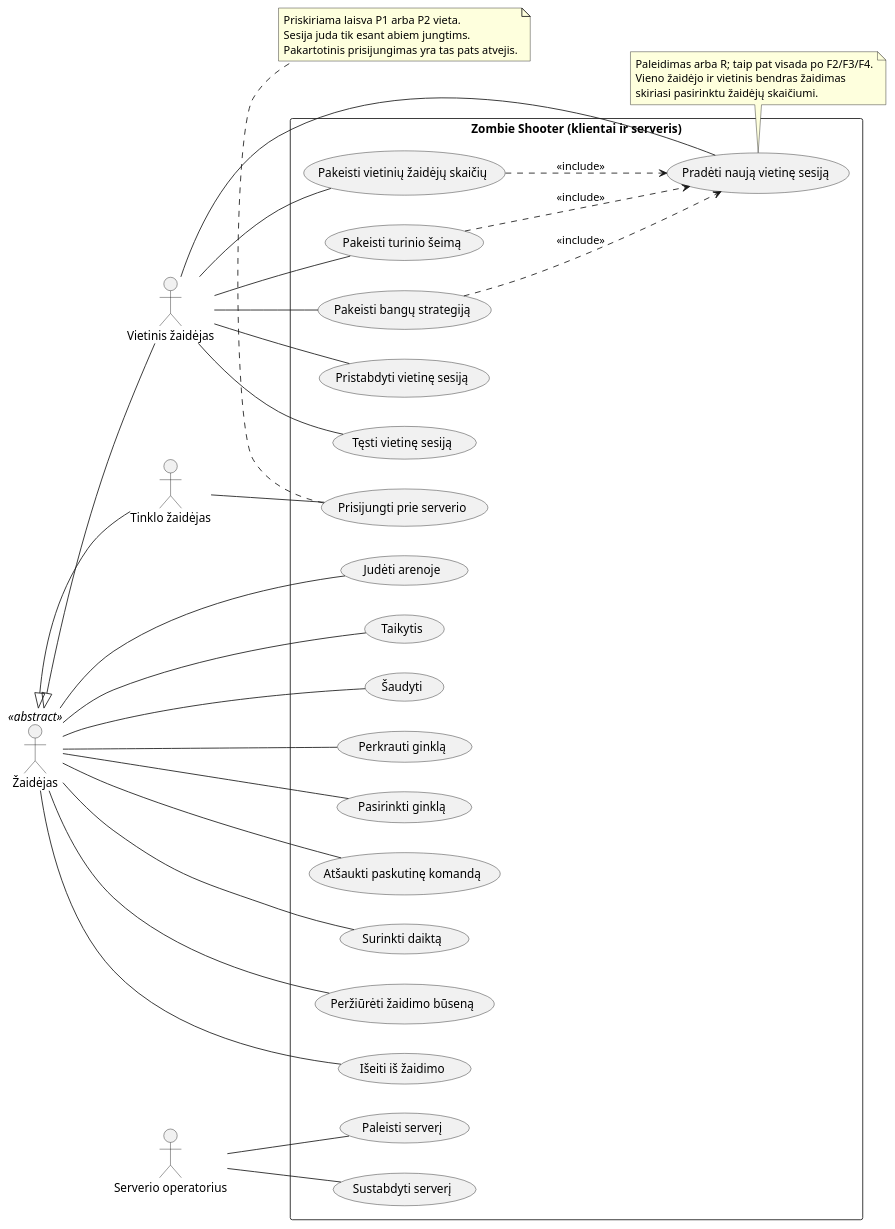
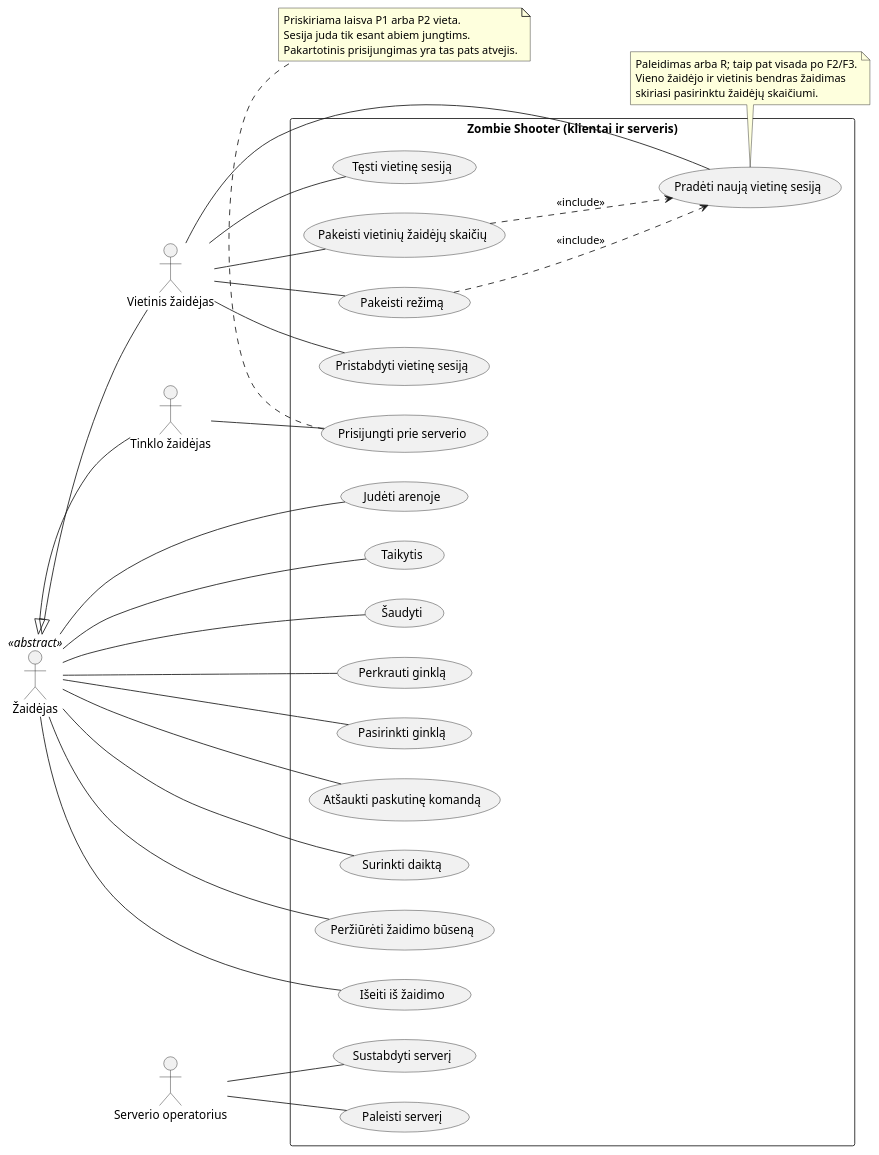
One commit to JuozasPetryla/ZombieShooter changed the diagram in docs/uml/00-use-cases.puml. Above: the diagram before and after it, drawn with PlantUML. The commit also changed 35 other files, not shown here.

Commit message:
Simplified code and UML

```diff
--- a/docs/uml/00-use-cases.puml
+++ b/docs/uml/00-use-cases.puml
@@ -1,61 +1,58 @@
 @startuml
 left to right direction
 skinparam packageStyle rectangle
 actor "Žaidėjas" as Player <<abstract>>
 actor "Vietinis žaidėjas" as Local
 actor "Tinklo žaidėjas" as Remote
 actor "Serverio operatorius" as Operator
 Player <|-- Local
 Player <|-- Remote
 rectangle "Zombie Shooter (klientai ir serveris)" {
   usecase "Judėti arenoje" as Move
   usecase "Taikytis" as Aim
   usecase "Šaudyti" as Fire
   usecase "Perkrauti ginklą" as Reload
   usecase "Pasirinkti ginklą" as SelectWeapon
   usecase "Atšaukti paskutinę komandą" as Undo
   usecase "Surinkti daiktą" as Pickup
   usecase "Peržiūrėti žaidimo būseną" as Status
   usecase "Išeiti iš žaidimo" as Exit
   usecase "Pradėti naują vietinę sesiją" as NewSession
   usecase "Pakeisti vietinių žaidėjų skaičių" as Players
-  usecase "Pakeisti turinio šeimą" as Family
-  usecase "Pakeisti bangų strategiją" as Mode
+  usecase "Pakeisti režimą" as Mode
   usecase "Pristabdyti vietinę sesiją" as Pause
   usecase "Tęsti vietinę sesiją" as Resume
   usecase "Prisijungti prie serverio" as Join
   usecase "Paleisti serverį" as StartServer
   usecase "Sustabdyti serverį" as StopServer
 }
 Player -- Move
 Player -- Aim
 Player -- Fire
 Player -- Reload
 Player -- SelectWeapon
 Player -- Undo
 Player -- Pickup
 Player -- Status
 Player -- Exit
 Local -- NewSession
 Local -- Players
-Local -- Family
 Local -- Mode
 Local -- Pause
 Local -- Resume
 Remote -- Join
 Operator -- StartServer
 Operator -- StopServer
 Players ..> NewSession : <<include>>
-Family ..> NewSession : <<include>>
 Mode ..> NewSession : <<include>>
 note bottom of NewSession
-Paleidimas arba R; taip pat visada po F2/F3/F4.
+Paleidimas arba R; taip pat visada po F2/F3.
 Vieno žaidėjo ir vietinis bendras žaidimas
 skiriasi pasirinktu žaidėjų skaičiumi.
 end note
 note bottom of Join
 Priskiriama laisva P1 arba P2 vieta.
 Sesija juda tik esant abiem jungtims.
 Pakartotinis prisijungimas yra tas pats atvejis.
 end note
 @enduml
```
